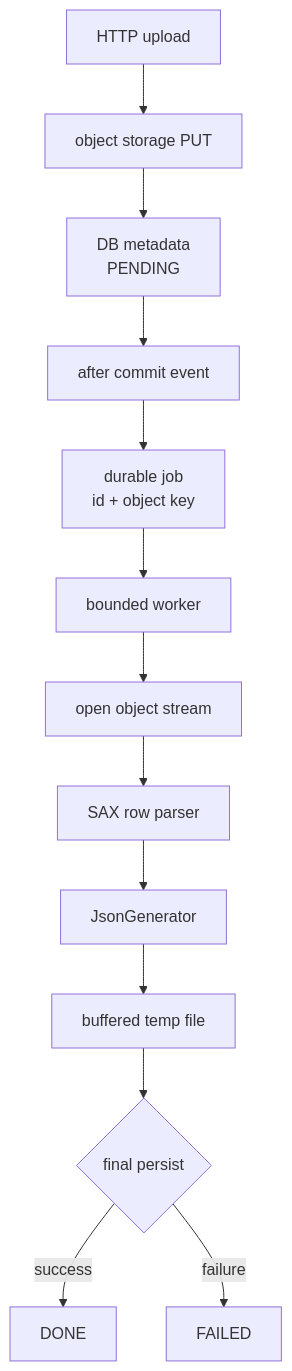
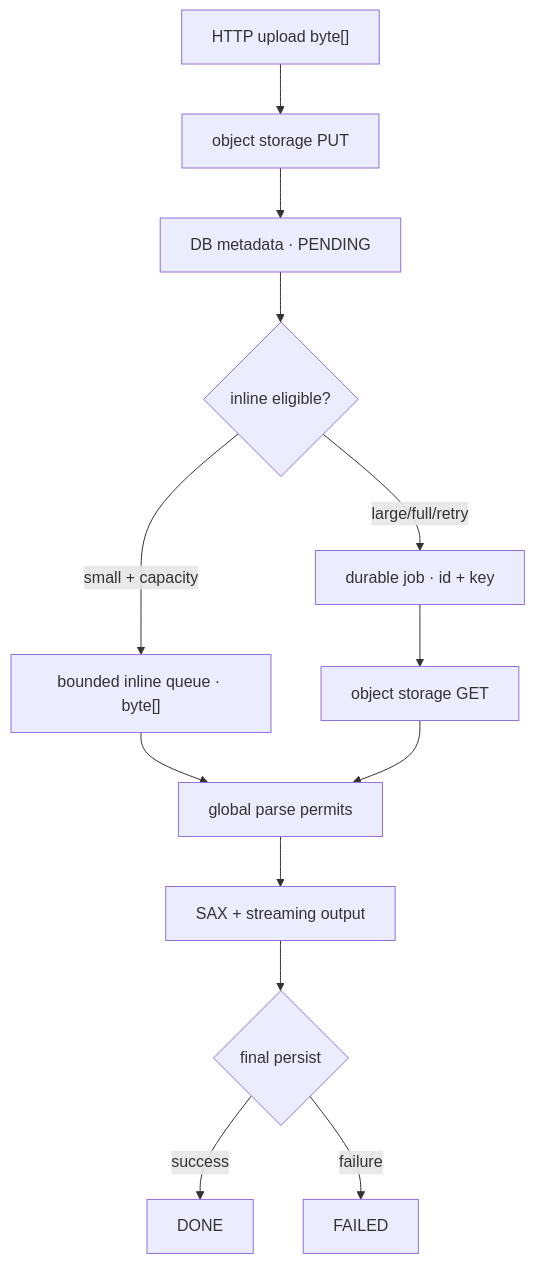
Before and after one commit to Joooooonha/excel-streaming-parser-study: the third of 6 diagrams in docs/architecture.md, drawn with Mermaid. The commit also changed other lines of this file, not shown here.

Commit message:
docs: document bounded inline and durable paths

````diff
--- a/docs/architecture.md
+++ b/docs/architecture.md
@@ -79,15 +79,15 @@
 ```mermaid
 flowchart TD
-    A["HTTP upload"] --> B["object storage PUT"]
-    B --> C["DB metadata<br>PENDING"]
-    C --> D["after commit event"]
-    D --> E["durable job<br>id + object key"]
-    E --> F["bounded worker"]
-    F --> G["open object stream"]
-    G --> H["SAX row parser"]
-    H --> I["JsonGenerator"]
-    I --> J["buffered temp file"]
-    J --> K{"final persist"}
-    K -->|success| L["DONE"]
-    K -->|failure| M["FAILED"]
+    A["HTTP upload byte[]"] --> B["object storage PUT"]
+    B --> C["DB metadata · PENDING"]
+    C --> D{"inline eligible?"}
+    D -->|small + capacity| E["bounded inline queue · byte[]"]
+    D -->|large/full/retry| F["durable job · id + key"]
+    F --> G["object storage GET"]
+    E --> H["global parse permits"]
+    G --> H
+    H --> I["SAX + streaming output"]
+    I --> J{"final persist"}
+    J -->|success| K["DONE"]
+    J -->|failure| L["FAILED"]
 ```
````
